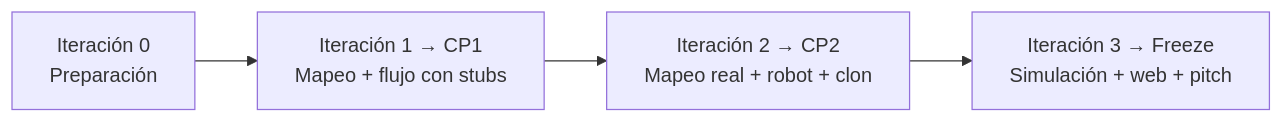
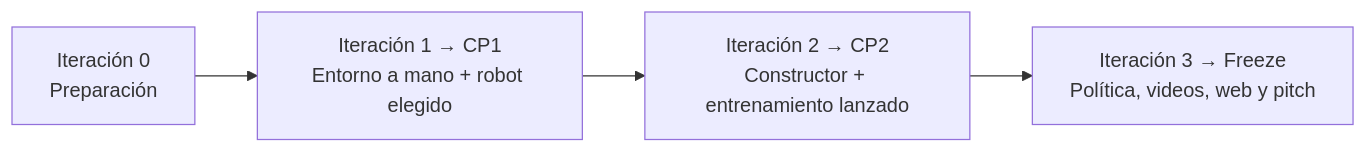
Before and after one commit to platanus-hack/platanus-hack-26-cl-team-4: the second of 2 diagrams in docs/ciclo-desarrollo.md, drawn with Mermaid. The commit also changed other lines of this file and 17 other files, not shown here.

````diff
--- a/docs/ciclo-desarrollo.md
+++ b/docs/ciclo-desarrollo.md
@@ -32,6 +32,6 @@
 ```mermaid
 flowchart LR
-  I0["Iteración 0<br/>Preparación"] --> I1["Iteración 1 → CP1<br/>Mapeo + flujo con stubs"]
-  I1 --> I2["Iteración 2 → CP2<br/>Mapeo real + robot + clon"]
-  I2 --> I3["Iteración 3 → Freeze<br/>Simulación + web + pitch"]
+  I0["Iteración 0<br/>Preparación"] --> I1["Iteración 1 → CP1<br/>Entorno a mano + robot elegido"]
+  I1 --> I2["Iteración 2 → CP2<br/>Constructor + entrenamiento lanzado"]
+  I2 --> I3["Iteración 3 → Freeze<br/>Política, videos, web y pitch"]
 ```
````
